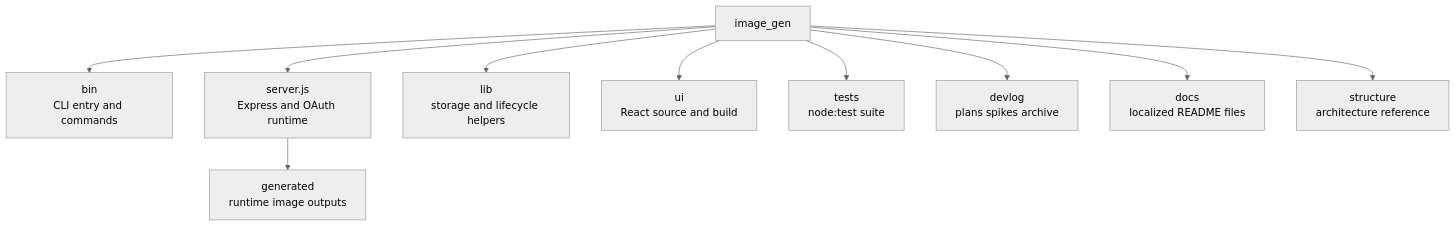
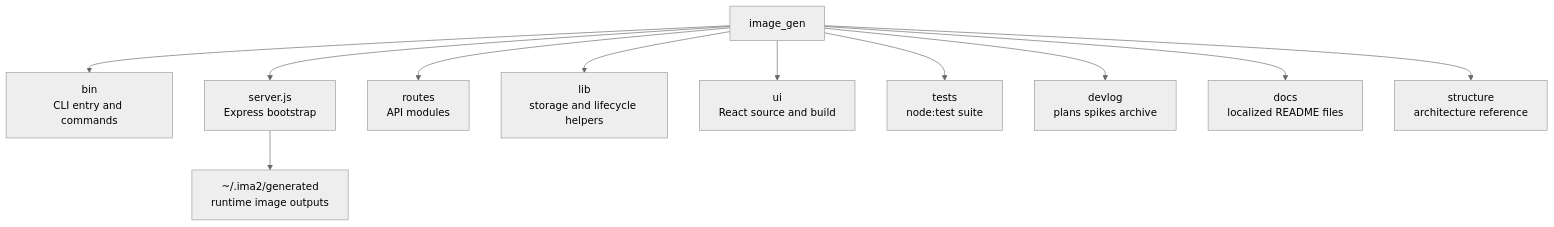
The diagram in structure/01-file-function-map.md (ChatPoongKun/ima2-gen), drawn with Mermaid (neutral theme) before and after one commit. The commit also changed other lines of this file and 7 other files, not shown here.

Commit message:
docs: refresh roadmap after card news planning

````diff
--- a/structure/01-file-function-map.md
+++ b/structure/01-file-function-map.md
@@ -19,12 +19,13 @@
 ```mermaid
 graph TD
     ROOT["image_gen"] --> BIN["bin<br/>CLI entry and commands"]
-    ROOT --> SERVER["server.js<br/>Express and OAuth runtime"]
+    ROOT --> SERVER["server.js<br/>Express bootstrap"]
+    ROOT --> ROUTES["routes<br/>API modules"]
     ROOT --> LIB["lib<br/>storage and lifecycle helpers"]
     ROOT --> UI["ui<br/>React source and build"]
     ROOT --> TESTS["tests<br/>node:test suite"]
     ROOT --> DEVLOG["devlog<br/>plans spikes archive"]
     ROOT --> DOCS["docs<br/>localized README files"]
     ROOT --> STRUCT["structure<br/>architecture reference"]
-    SERVER --> GEN["generated<br/>runtime image outputs"]
+    SERVER --> GEN["~/.ima2/generated<br/>runtime image outputs"]
 ```
````
